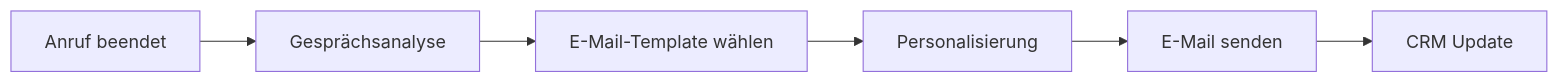
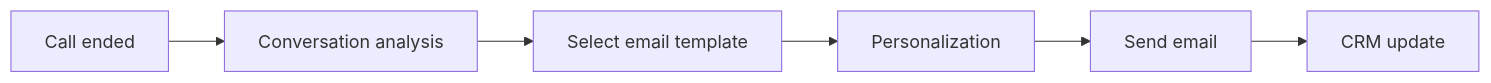
One commit to bekgroup/Famulor-docs-de changed the first of 2 diagrams in en/automation-platform/integrations/email-marketing.mdx. Above: the diagram before and after it, drawn with Mermaid. The commit also changed other lines of this file and 273 other files, not shown here.

````diff
--- a/en/automation-platform/integrations/email-marketing.mdx
+++ b/en/automation-platform/integrations/email-marketing.mdx
@@ -35,8 +35,8 @@
 ```mermaid
 graph LR
-    A[Anruf beendet] --> B[Gesprächsanalyse]
-    B --> C[E-Mail-Template wählen]
-    C --> D[Personalisierung]
-    D --> E[E-Mail senden]
-    E --> F[CRM Update]
+    A[Call ended] --> B[Conversation analysis]
+    B --> C[Select email template]
+    C --> D[Personalization]
+    D --> E[Send email]
+    E --> F[CRM update]
 ```
````
